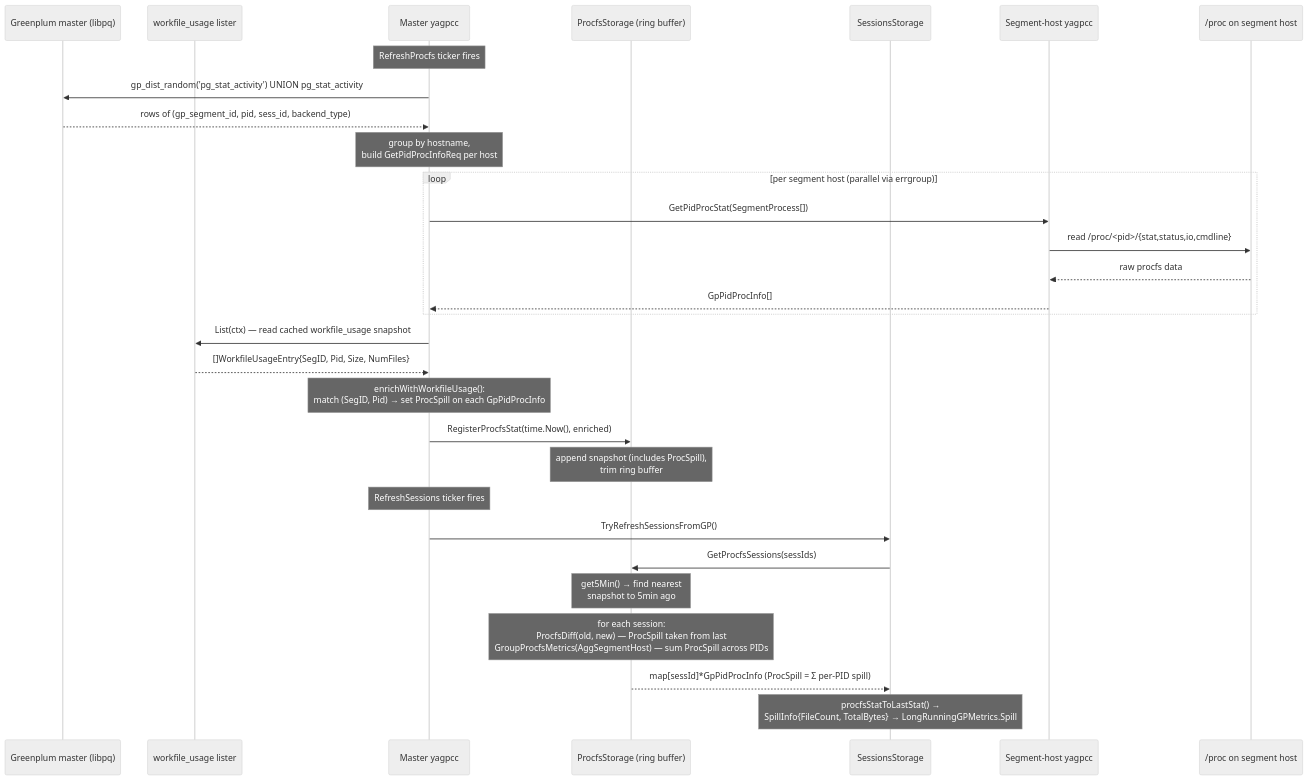
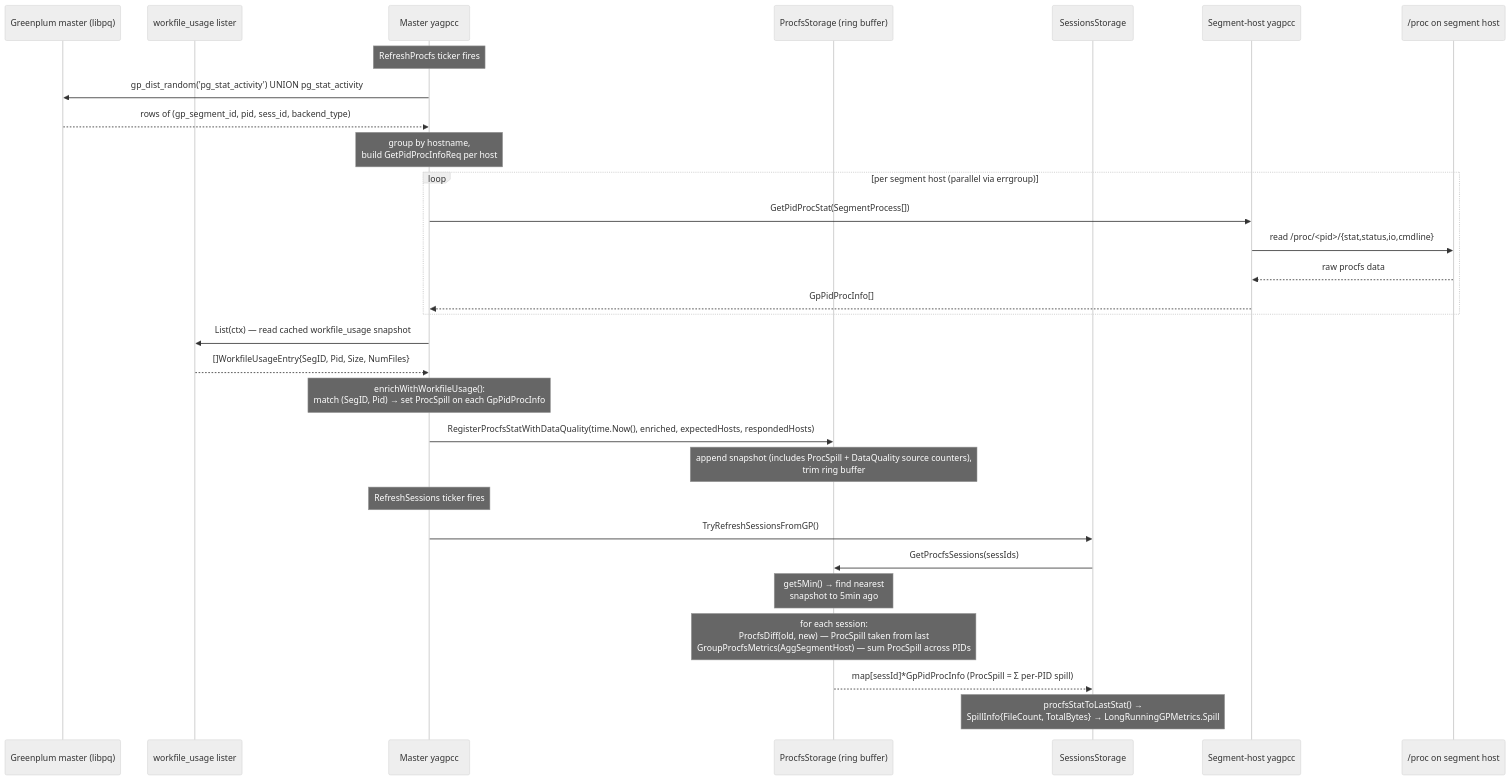
Before and after one commit to open-gpdb/yagpcc: the diagram in docs/proc-stats-flow.md, drawn with Mermaid (neutral theme). The commit also changed other lines of this file and 24 other files, not shown here.

````diff
--- a/docs/proc-stats-flow.md
+++ b/docs/proc-stats-flow.md
@@ -301,34 +309,34 @@
 ```mermaid
 sequenceDiagram
     participant GP as Greenplum master (libpq)
     participant WU as workfile_usage lister
     participant M as Master yagpcc
     participant PS as ProcfsStorage (ring buffer)
     participant SS as SessionsStorage
     participant SH as Segment-host yagpcc
     participant Procfs as /proc on segment host
 
     Note over M: RefreshProcfs ticker fires
     M->>GP: gp_dist_random('pg_stat_activity') UNION pg_stat_activity
     GP-->>M: rows of (gp_segment_id, pid, sess_id, backend_type)
     Note over M: group by hostname,<br/>build GetPidProcInfoReq per host
     loop per segment host (parallel via errgroup)
         M->>SH: GetPidProcStat(SegmentProcess[])
         SH->>Procfs: read /proc/<pid>/{stat,status,io,cmdline}
         Procfs-->>SH: raw procfs data
         SH-->>M: GpPidProcInfo[]
     end
     M->>WU: List(ctx) — read cached workfile_usage snapshot
     WU-->>M: []WorkfileUsageEntry{SegID, Pid, Size, NumFiles}
     Note over M: enrichWithWorkfileUsage():<br/>match (SegID, Pid) → set ProcSpill on each GpPidProcInfo
-    M->>PS: RegisterProcfsStat(time.Now(), enriched)
-    Note over PS: append snapshot (includes ProcSpill),<br/>trim ring buffer
+    M->>PS: RegisterProcfsStatWithDataQuality(time.Now(), enriched, expectedHosts, respondedHosts)
+    Note over PS: append snapshot (includes ProcSpill + DataQuality source counters),<br/>trim ring buffer
 
     Note over M: RefreshSessions ticker fires
     M->>SS: TryRefreshSessionsFromGP()
     SS->>PS: GetProcfsSessions(sessIds)
     Note over PS: get5Min() → find nearest<br/>snapshot to 5min ago
     Note over PS: for each session:<br/>ProcfsDiff(old, new) — ProcSpill taken from last<br/>GroupProcfsMetrics(AggSegmentHost) — sum ProcSpill across PIDs
     PS-->>SS: map[sessId]*GpPidProcInfo (ProcSpill = Σ per-PID spill)
     Note over SS: procfsStatToLastStat() →<br/>SpillInfo{FileCount, TotalBytes} → LongRunningGPMetrics.Spill
 ```
````
